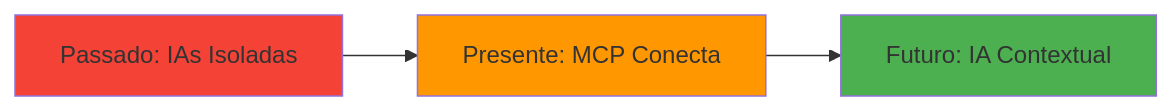
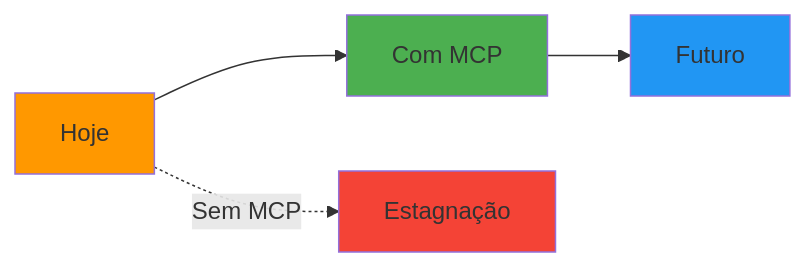
Diagram 13 of 17 in AI/Comunicação/MCP/00-mcp-presentation-zero to hero.md (felipepimentel/my-public-notes), drawn with Mermaid before and after one commit. The commit also changed other lines of this file, not shown here.

````diff
--- a/AI/Comunicação/MCP/00-mcp-presentation-zero to hero.md
+++ b/AI/Comunicação/MCP/00-mcp-presentation-zero to hero.md
@@ -309,9 +367,12 @@
 ```mermaid
 graph LR
-    PAST[Passado: IAs Isoladas] --> PRESENT[Presente: MCP Conecta]
-    PRESENT --> FUTURE[Futuro: IA Contextual]
+    TODAY[Hoje] --> MCP[Com MCP]
+    MCP --> FUTURE[Futuro]
     
-    style PAST fill:#f44336
-    style PRESENT fill:#ff9800
-    style FUTURE fill:#4CAF50
+    TODAY -.->|Sem MCP| STUCK[Estagnação]
+    
+    style TODAY fill:#ff9800
+    style MCP fill:#4CAF50
+    style FUTURE fill:#2196F3
+    style STUCK fill:#f44336
 ```
````
